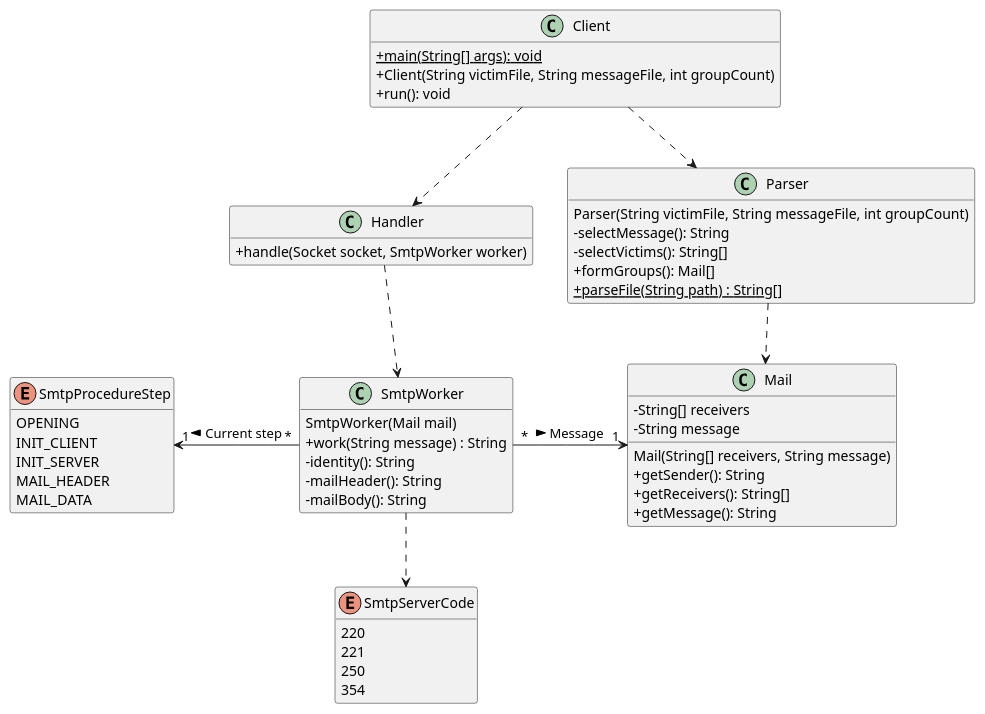
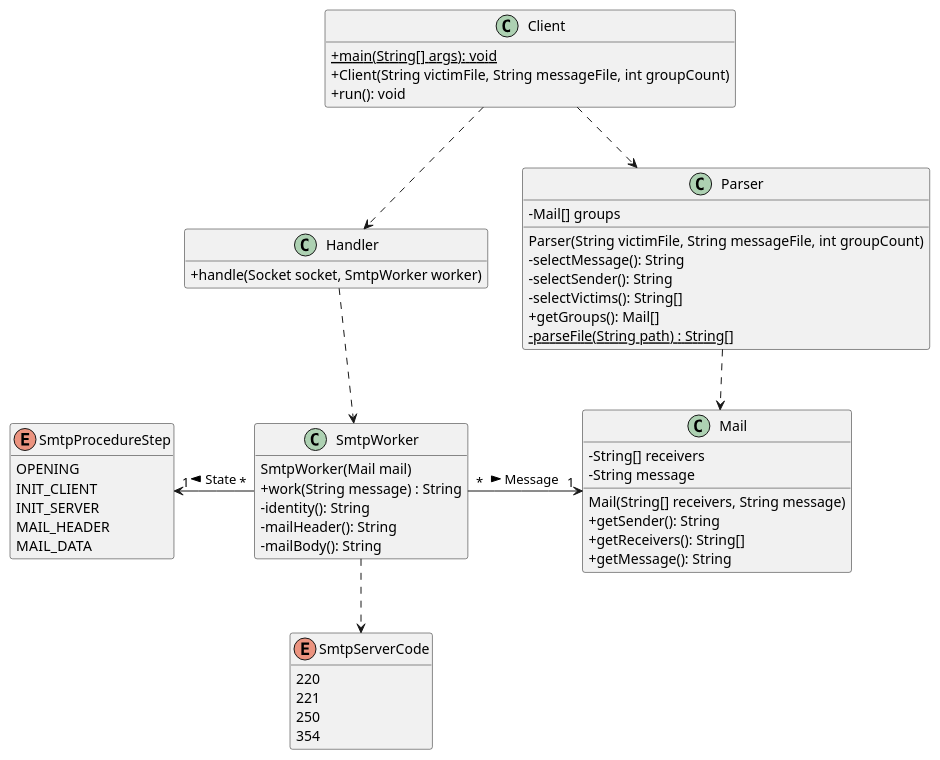
Before and after one commit to a-mango/dai-lab-smtp: the diagram in doc/class_diagram.puml, drawn with PlantUML.

Commit message:
rfr: rename Parser methods

```diff
--- a/doc/class_diagram.puml
+++ b/doc/class_diagram.puml
@@ -1,67 +1,69 @@
 @startuml
 'https://plantuml.com/class-diagram
 skinparam classAttributeIconSize 0
 skinparam groupInheritance 3
 hide empty methods
 hide empty members
 
 class Client {
     {static} + main(String[] args): void
     + Client(String victimFile, String messageFile, int groupCount)
     + run(): void
 }
 
 class Handler {
     + handle(Socket socket, SmtpWorker worker)
 }
 
 class SmtpWorker {
     SmtpWorker(Mail mail)
     + work(String message) : String
     - identity(): String
     - mailHeader(): String
     - mailBody(): String
 }
 
 enum SmtpProcedureStep {
     OPENING
     INIT_CLIENT
     INIT_SERVER
     MAIL_HEADER
     MAIL_DATA
 }
 
 enum SmtpServerCode {
     220
     221
     250
     354
 }
 
 class Parser {
+    - Mail[] groups
     Parser(String victimFile, String messageFile, int groupCount)
     - selectMessage(): String
+    - selectSender(): String
     - selectVictims(): String[]
-    + formGroups(): Mail[]
-    {static} + parseFile(String path) : String[]
+    + getGroups(): Mail[]
+    {static} - parseFile(String path) : String[]
 }
 
 class Mail {
     - String[] receivers
     - String message
 
     Mail(String[] receivers, String message)
     + getSender(): String
     + getReceivers(): String[]
     + getMessage(): String
 }
 
 
 Client ..> Handler
 Client ..> Parser
 Handler .down.> SmtpWorker
 Parser ..> Mail
 SmtpWorker "*" -right-> "1" Mail : "Message >"
-SmtpWorker "*" -left-> "1" SmtpProcedureStep : "Current step >"
+SmtpWorker "*" -left-> "1" SmtpProcedureStep : "State >"
 SmtpWorker .down.> SmtpServerCode
 @enduml
```
